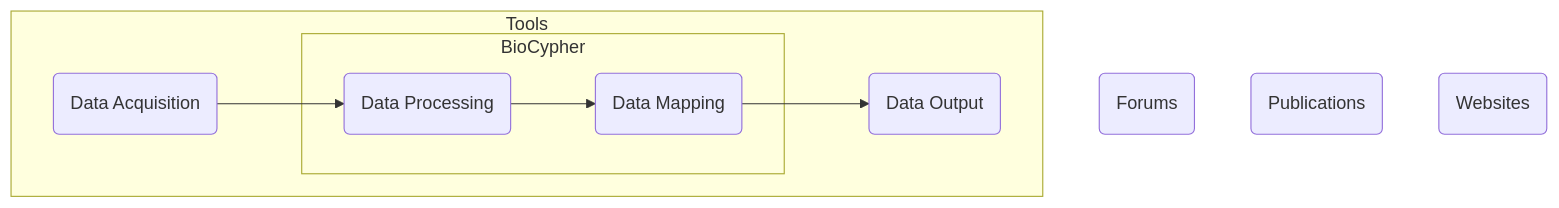
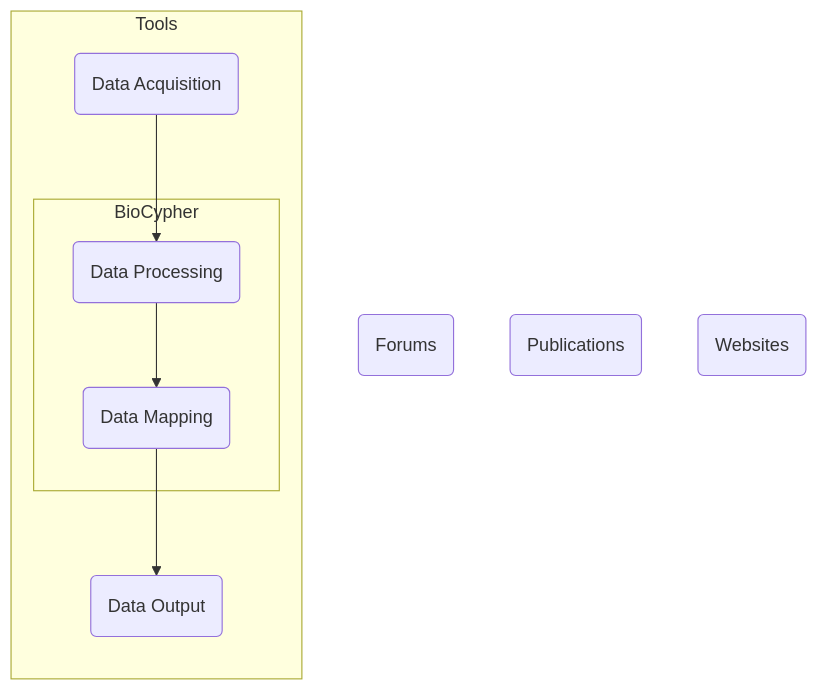
Before and after one commit to HealthECCO/community-resources: the second of 2 diagrams in README.md, drawn with Mermaid. The commit also changed other lines of this file, not shown here.

````diff
--- a/README.md
+++ b/README.md
@@ -12,18 +12,18 @@
 ```mermaid
   flowchart TD; 
       F(Forums);
       P(Publications);
       W(Websites);
   click F "/HealthECCO/community-resources/blob/main/forums.md"
   click P "/HealthECCO/community-resources/blob/main/publications.md"
     subgraph Tools
-      direction LR;
+      direction TB;
       DA(Data Acquisition)-->DP(Data Processing);
         subgraph BioCypher
             
             DP-->DM(Data Mapping);
           end
       DM-->DO(Data Output);
      end
-    click DA "#Data Acquisition"
+    click DA "#Data Output"
 ```
````
